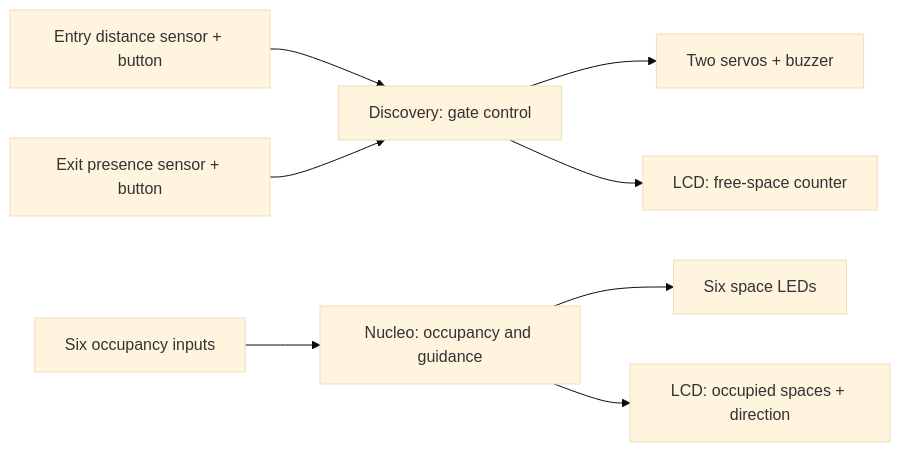
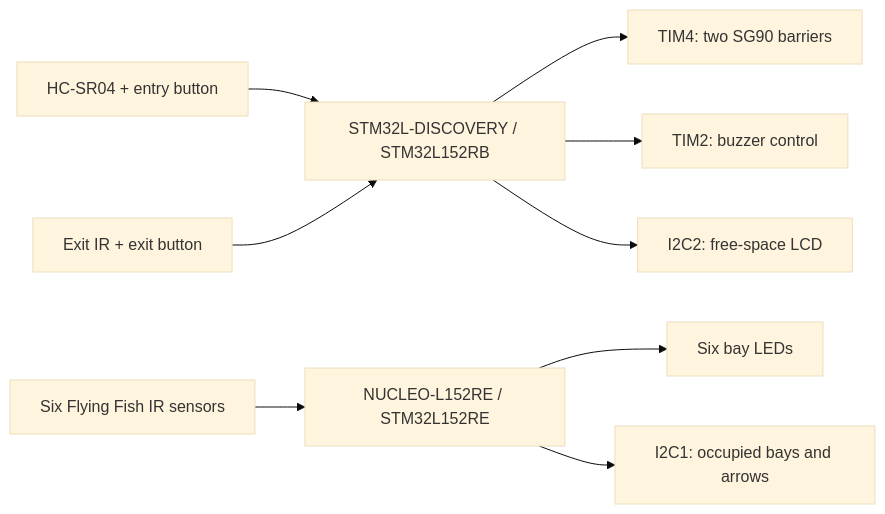
One commit to adrianibeaslara/Design-of-an-Automated-Vehicle-Parking-System-Using-a-Microcontroller changed the diagram in docs/architecture.md. Above: the diagram before and after it, drawn with Mermaid (base theme). The commit also changed other lines of this file and 16 other files, not shown here.

````diff
--- a/docs/architecture.md
+++ b/docs/architecture.md
@@ -5,10 +5,11 @@
 ```mermaid
 flowchart LR
-  entry["Entry distance sensor + button"] --> discovery["Discovery: gate control"]
-  exit["Exit presence sensor + button"] --> discovery
-  discovery --> actuators["Two servos + buzzer"]
-  discovery --> counter["LCD: free-space counter"]
-  sensors["Six occupancy inputs"] --> nucleo["Nucleo: occupancy and guidance"]
-  nucleo --> leds["Six space LEDs"]
-  nucleo --> guidance["LCD: occupied spaces + direction"]
+  entry["HC-SR04 + entry button"] --> discovery["STM32L-DISCOVERY / STM32L152RB"]
+  exit["Exit IR + exit button"] --> discovery
+  discovery --> servo["TIM4: two SG90 barriers"]
+  discovery --> buzzer["TIM2: buzzer control"]
+  discovery --> count["I2C2: free-space LCD"]
+  sensors["Six Flying Fish IR sensors"] --> nucleo["NUCLEO-L152RE / STM32L152RE"]
+  nucleo --> leds["Six bay LEDs"]
+  nucleo --> guidance["I2C1: occupied bays and arrows"]
 ```
````
